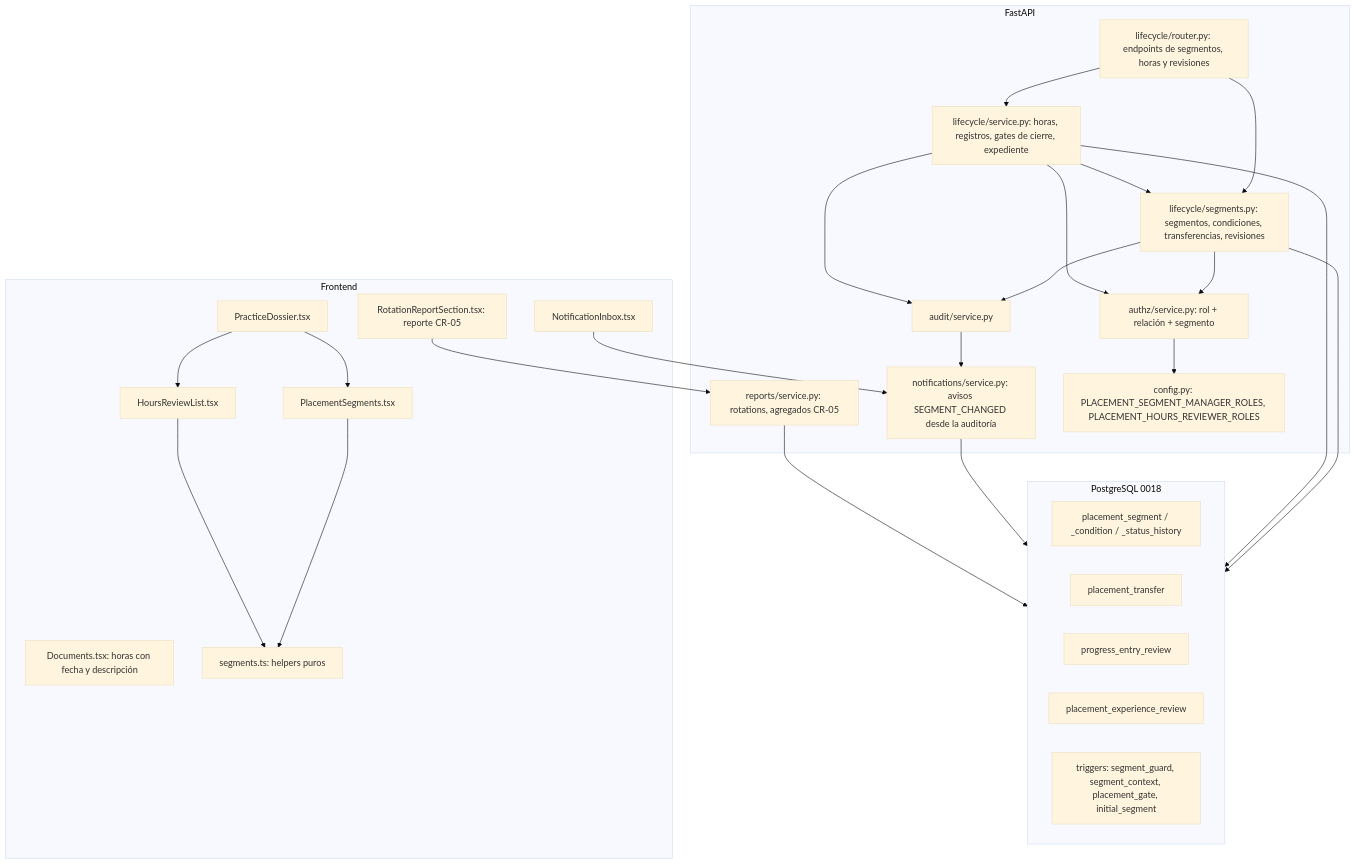
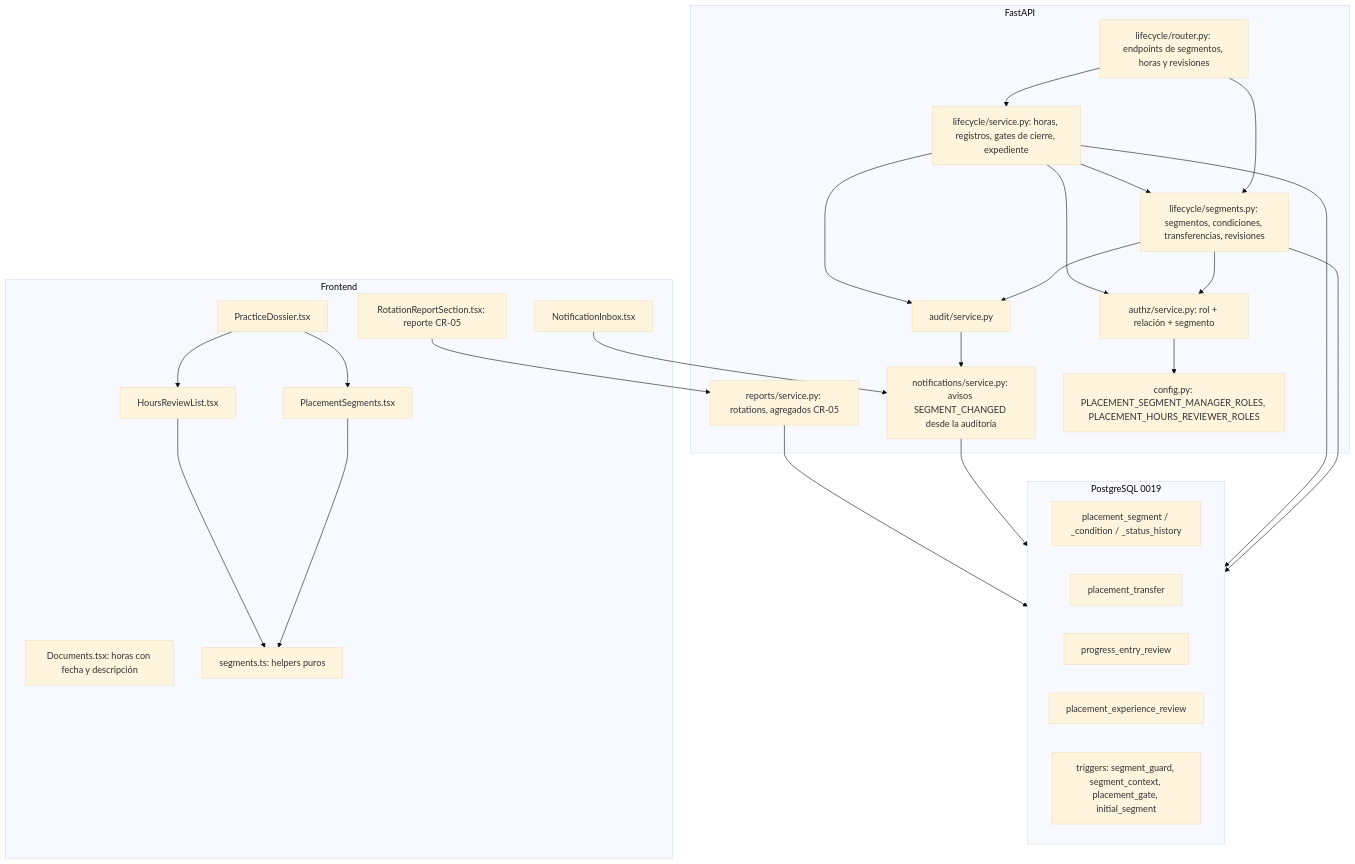
One commit to maxtrosy/internship-lifecycle-platform changed the third of 3 diagrams in evaluacion-4/docs/arquitectura-y-adrs/arquitectura-final.md. Above: the diagram before and after it, drawn with Mermaid (base theme). The commit also changed other lines of this file and 45 other files, not shown here.

````diff
--- a/evaluacion-4/docs/arquitectura-y-adrs/arquitectura-final.md
+++ b/evaluacion-4/docs/arquitectura-y-adrs/arquitectura-final.md
@@ -32,44 +32,44 @@
 ```mermaid
 flowchart TB
   subgraph API[FastAPI]
     R[lifecycle/router.py: endpoints de segmentos, horas y revisiones]
     SV[lifecycle/service.py: horas, registros, gates de cierre, expediente]
     SG[lifecycle/segments.py: segmentos, condiciones, transferencias, revisiones]
     AZ[authz/service.py: rol + relación + segmento]
     AU[audit/service.py]
     NO[notifications/service.py: avisos SEGMENT_CHANGED desde la auditoría]
     RP[reports/service.py: rotations, agregados CR-05]
     CF[config.py: PLACEMENT_SEGMENT_MANAGER_ROLES, PLACEMENT_HOURS_REVIEWER_ROLES]
   end
-  subgraph DB[PostgreSQL 0018]
+  subgraph DB[PostgreSQL 0019]
     T1[placement_segment / _condition / _status_history]
     T2[placement_transfer]
     T3[progress_entry_review]
     T4[placement_experience_review]
     TG[triggers: segment_guard, segment_context, placement_gate, initial_segment]
   end
   subgraph UI[Frontend]
     PD[PracticeDossier.tsx]
     PS[PlacementSegments.tsx]
     HR[HoursReviewList.tsx]
     DOC[Documents.tsx: horas con fecha y descripción]
     HL[segments.ts: helpers puros]
     RR[RotationReportSection.tsx: reporte CR-05]
     NI[NotificationInbox.tsx]
   end
   R --> SV & SG
   SV --> SG
   SG --> AZ & AU
   SV --> AZ & AU
   AZ --> CF
   SG --> DB
   SV --> DB
   NO --> DB
   AU --> NO
   RP --> DB
   RR --> RP
   NI --> NO
   PD --> PS & HR
   PS --> HL
   HR --> HL
 ```
````
